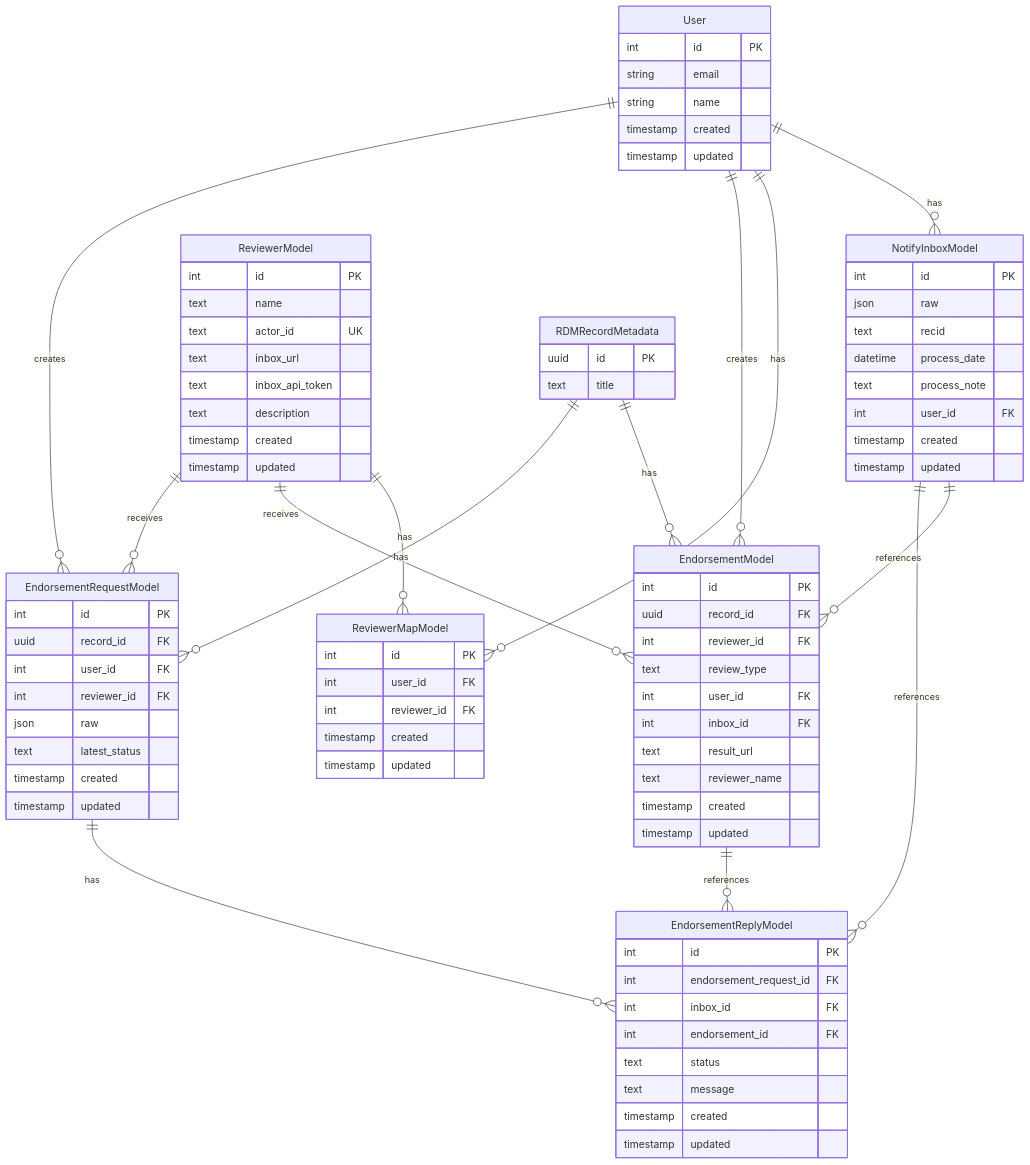
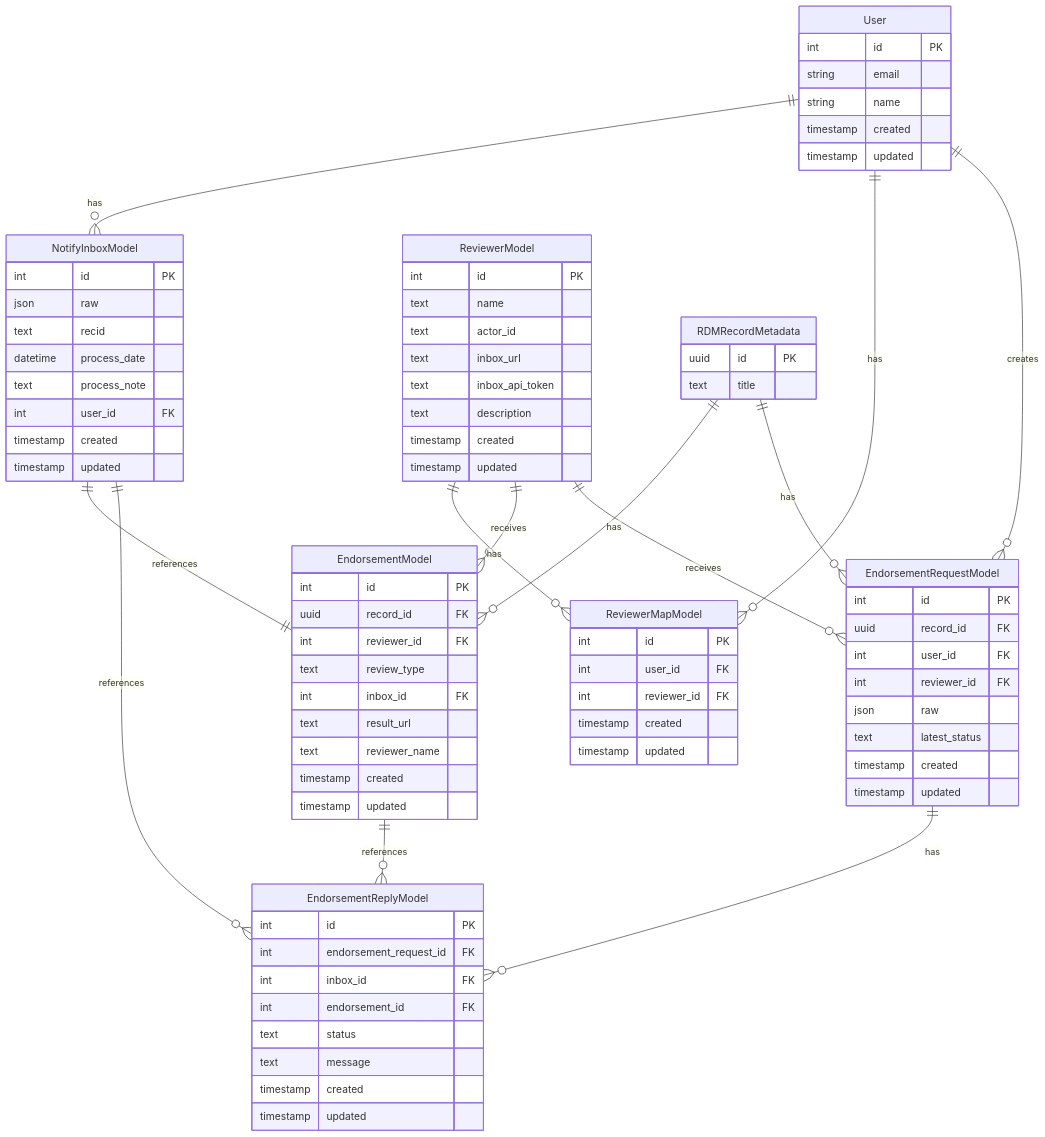
The diagram in docs/diagram/db.mmd (CottageLabs/invenio-notify), drawn with Mermaid before and after one commit.

Commit message:
sync database diagram with models.py
- Remove user_id from EndorsementModel (not present in actual model)
- Fix EndorsementModel-NotifyInboxModel relationship to one-to-one
- Remove UK constraint from ReviewerModel.actor_id (it's nullable)

```diff
--- a/docs/diagram/db.mmd
+++ b/docs/diagram/db.mmd
@@ -1,98 +1,96 @@
 %% sources of file: invenio_notify/records/models.py
 
 erDiagram
     User ||--o{ NotifyInboxModel : has
     User ||--o{ ReviewerMapModel : has
-    User ||--o{ EndorsementModel : creates
     User ||--o{ EndorsementRequestModel : creates
     
     ReviewerModel ||--o{ ReviewerMapModel : has
     ReviewerModel ||--o{ EndorsementModel : receives
     ReviewerModel ||--o{ EndorsementRequestModel : receives
     
     RDMRecordMetadata ||--o{ EndorsementModel : has
     RDMRecordMetadata ||--o{ EndorsementRequestModel : has
     
-    NotifyInboxModel ||--o{ EndorsementModel : references
+    NotifyInboxModel ||--|| EndorsementModel : references
     NotifyInboxModel ||--o{ EndorsementReplyModel : references
     
     EndorsementRequestModel ||--o{ EndorsementReplyModel : has
     EndorsementModel ||--o{ EndorsementReplyModel : references
     
     User {
         int id PK
         string email
         string name
         timestamp created
         timestamp updated
     }
     
     NotifyInboxModel {
         int id PK
         json raw
         text recid
         datetime process_date
         text process_note
         int user_id FK
         timestamp created
         timestamp updated
     }
     
     ReviewerMapModel {
         int id PK
         int user_id FK
         int reviewer_id FK
         timestamp created
         timestamp updated
     }
     
     ReviewerModel {
         int id PK
         text name
-        text actor_id UK
+        text actor_id
         text inbox_url
         text inbox_api_token
         text description
         timestamp created
         timestamp updated
     }
     
     EndorsementModel {
         int id PK
         uuid record_id FK
         int reviewer_id FK
         text review_type
-        int user_id FK
         int inbox_id FK
         text result_url
         text reviewer_name
         timestamp created
         timestamp updated
     }
     
     EndorsementRequestModel {
         int id PK
         uuid record_id FK
         int user_id FK
         int reviewer_id FK
         json raw
         text latest_status
         timestamp created
         timestamp updated
     }
     
     EndorsementReplyModel {
         int id PK
         int endorsement_request_id FK
         int inbox_id FK
         int endorsement_id FK
         text status
         text message
         timestamp created
         timestamp updated
     }
     
     RDMRecordMetadata {
         uuid id PK
         text title
     }
```
